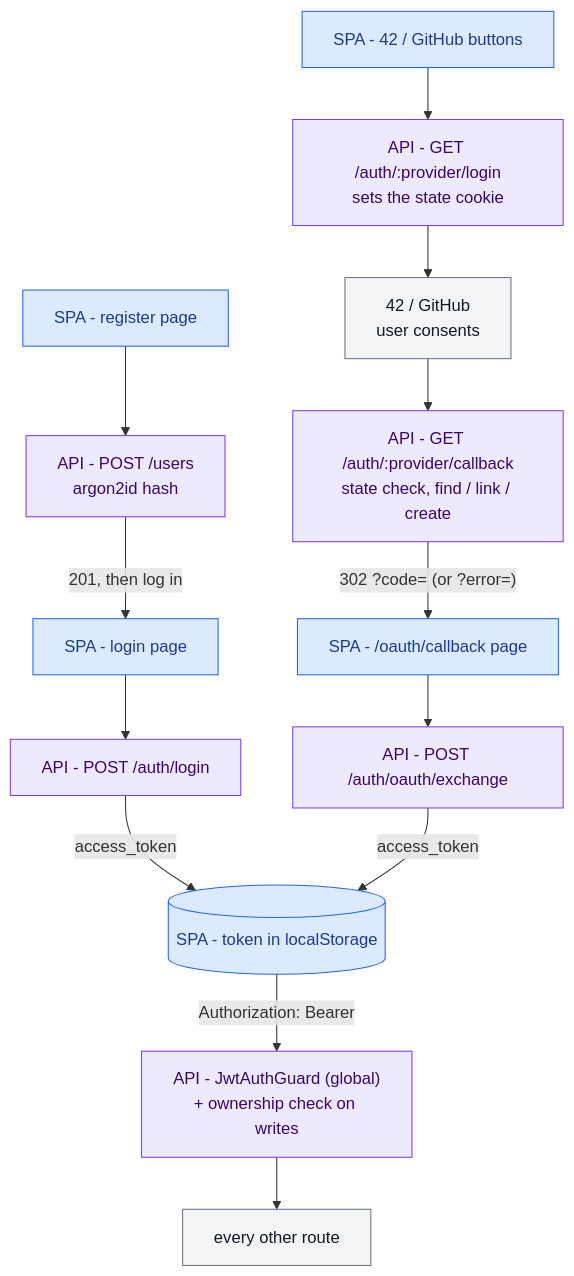
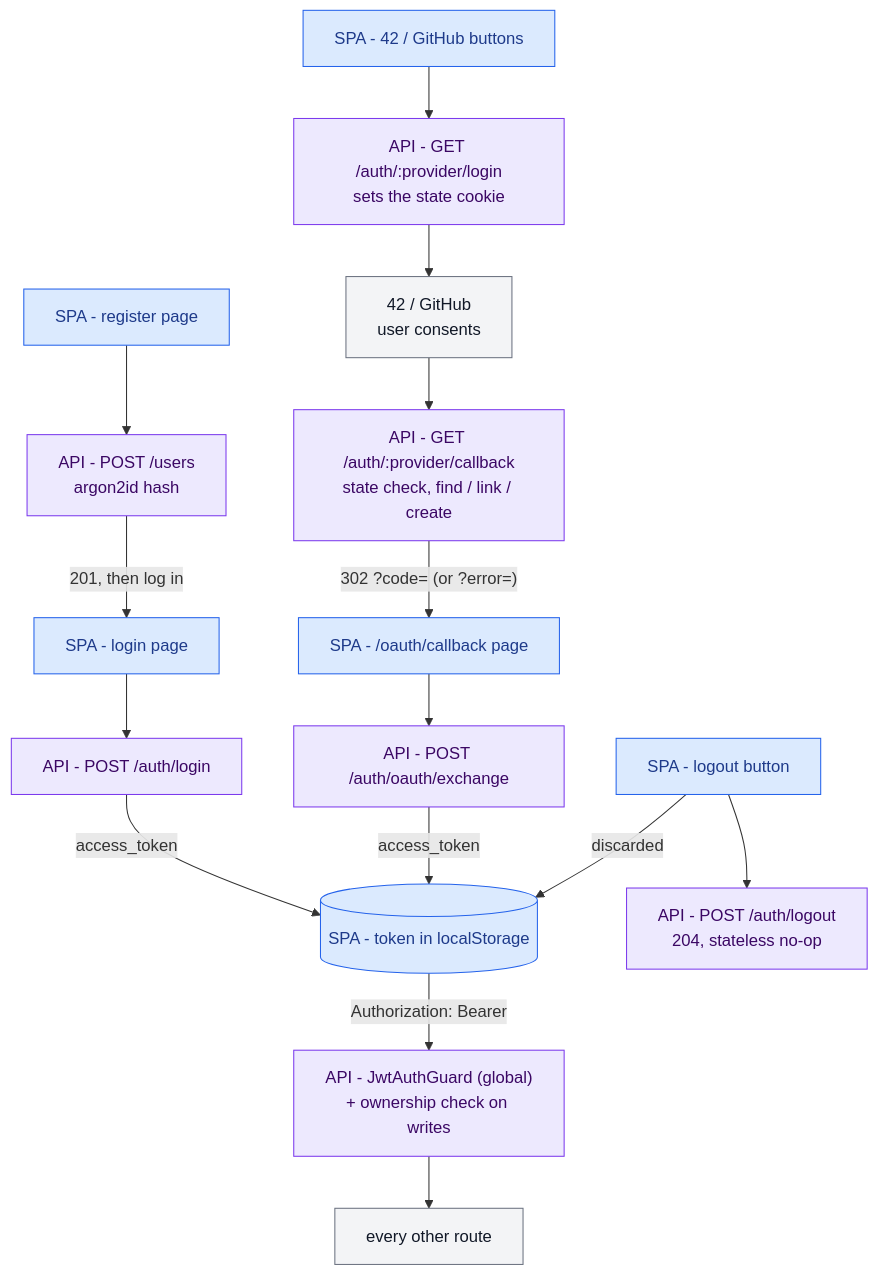
The first of 7 diagrams in docs/diagrams/auth.md (kidp8479/42_hypertube), drawn with Mermaid before and after one commit. The commit also changed other lines of this file and 1 other file, not shown here.

First line of the commit message:
docs(HYP-35): add logout to the auth diagram page

````diff
--- a/docs/diagrams/auth.md
+++ b/docs/diagrams/auth.md
@@ -17,24 +18,27 @@
 ```mermaid
 flowchart TD
     reg["SPA - register page"] --> postUsers["API - POST /users<br/>argon2id hash"]
     postUsers -- "201, then log in" --> login["SPA - login page"]
     login --> postLogin["API - POST /auth/login"]
 
     btns["SPA - 42 / GitHub buttons"] --> oLogin["API - GET /auth/:provider/login<br/>sets the state cookie"]
     oLogin --> prov["42 / GitHub<br/>user consents"]
     prov --> oCb["API - GET /auth/:provider/callback<br/>state check, find / link / create"]
     oCb -- "302 ?code= (or ?error=)" --> cbpage["SPA - /oauth/callback page"]
     cbpage --> exch["API - POST /auth/oauth/exchange"]
 
     postLogin -- "access_token" --> token[("SPA - token in localStorage")]
     exch -- "access_token" --> token
     token -- "Authorization: Bearer" --> jwt["API - JwtAuthGuard (global)<br/>+ ownership check on writes"]
     jwt --> routes["every other route"]
 
+    out["SPA - logout button"] --> postLogout["API - POST /auth/logout<br/>204, stateless no-op"]
+    out -- "discarded" --> token
+
     classDef spa fill:#dbeafe,stroke:#2563eb,color:#1e3a8a
     classDef api fill:#ede9fe,stroke:#7c3aed,color:#3b0764
     classDef ext fill:#f3f4f6,stroke:#6b7280,color:#111827
-    class reg,login,btns,cbpage,token spa
-    class postUsers,postLogin,oLogin,oCb,exch,jwt api
+    class reg,login,btns,cbpage,token,out spa
+    class postUsers,postLogin,oLogin,oCb,exch,jwt,postLogout api
     class prov,routes ext
 ```
````
